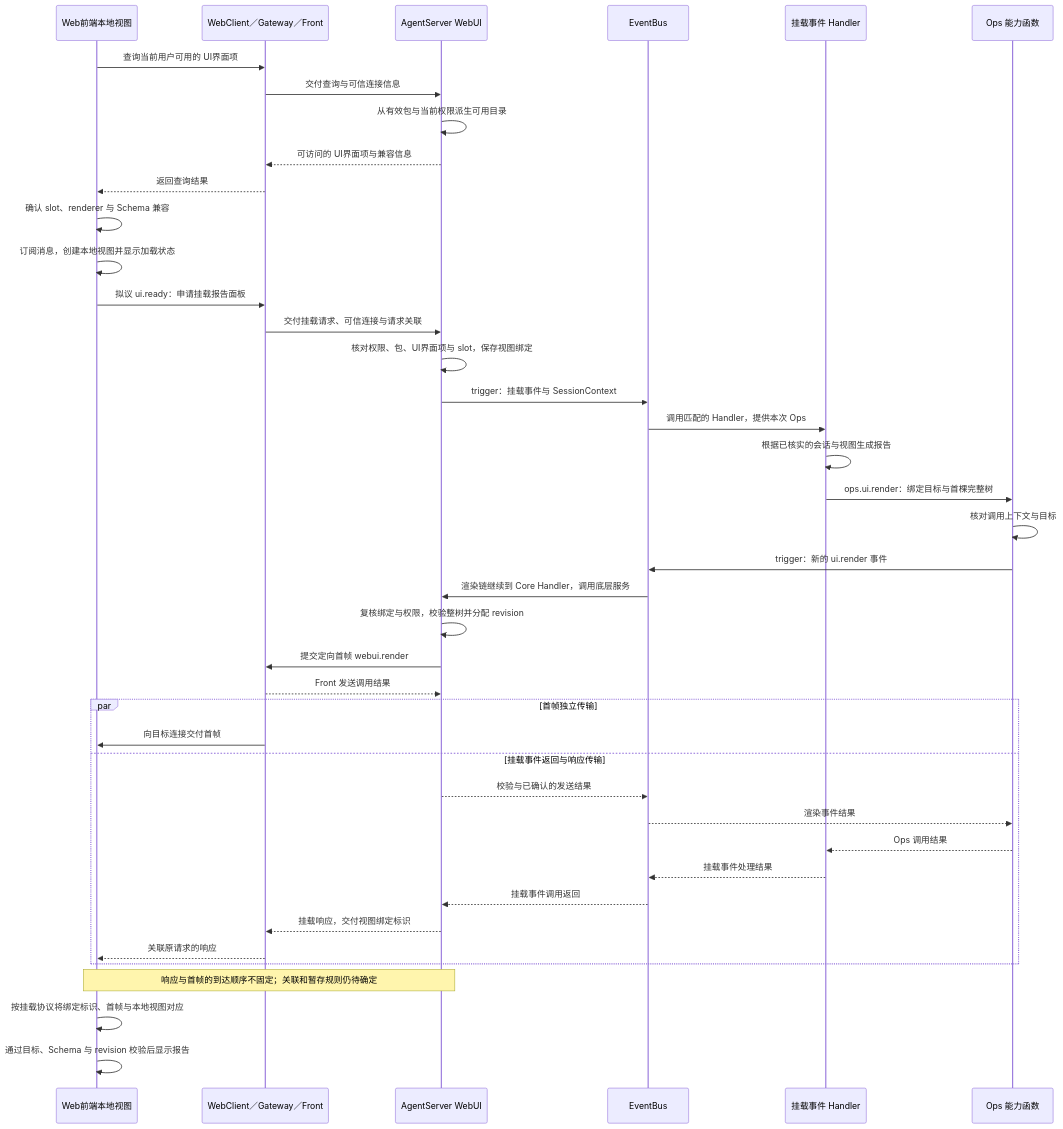
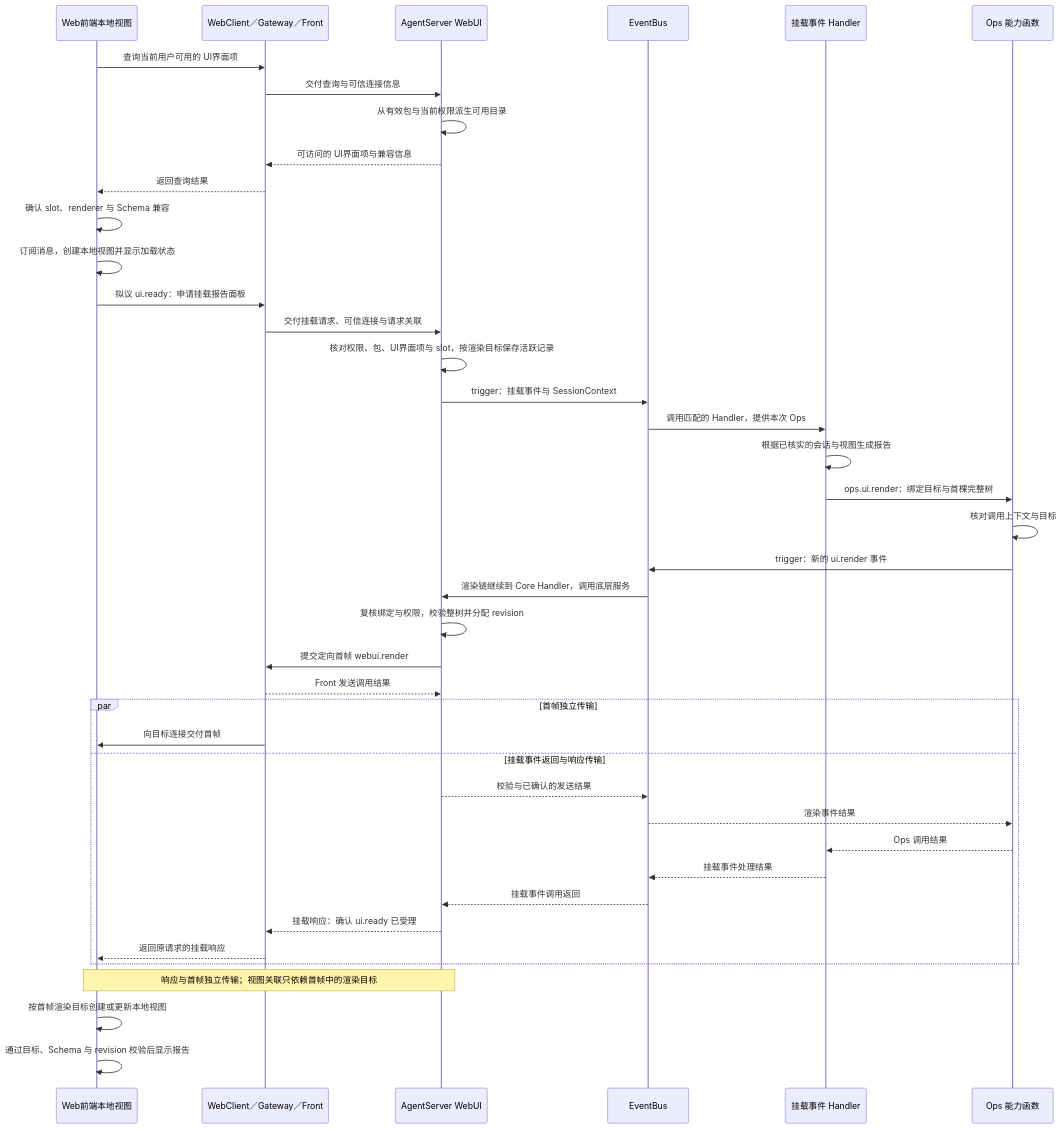
One commit to openJiuwen-ai/jiuwenswarm changed the eighth of 12 diagrams in jiuwenswarm/extensions_v2/docs/designs/extensions-v2-architecture.md. Above: the diagram before and after it, drawn with Mermaid. The commit also changed other lines of this file and 3 other files, not shown here.

````diff
--- a/jiuwenswarm/extensions_v2/docs/designs/extensions-v2-architecture.md
+++ b/jiuwenswarm/extensions_v2/docs/designs/extensions-v2-architecture.md
@@ -884,43 +912,43 @@
 ```mermaid
 sequenceDiagram
     participant FE as Web前端本地视图
     participant Transport as WebClient／Gateway／Front
     participant UI as AgentServer WebUI
     participant Bus as EventBus
     participant Handler as 挂载事件 Handler
     participant Ops as Ops 能力函数
     FE->>Transport: 查询当前用户可用的 UI界面项
     Transport->>UI: 交付查询与可信连接信息
     UI->>UI: 从有效包与当前权限派生可用目录
     UI-->>Transport: 可访问的 UI界面项与兼容信息
     Transport-->>FE: 返回查询结果
     FE->>FE: 确认 slot、renderer 与 Schema 兼容
     FE->>FE: 订阅消息，创建本地视图并显示加载状态
     FE->>Transport: 拟议 ui.ready：申请挂载报告面板
     Transport->>UI: 交付挂载请求、可信连接与请求关联
-    UI->>UI: 核对权限、包、UI界面项与 slot，保存视图绑定
+    UI->>UI: 核对权限、包、UI界面项与 slot，按渲染目标保存活跃记录
     UI->>Bus: trigger：挂载事件与 SessionContext
     Bus->>Handler: 调用匹配的 Handler，提供本次 Ops
     Handler->>Handler: 根据已核实的会话与视图生成报告
     Handler->>Ops: ops.ui.render：绑定目标与首棵完整树
     Ops->>Ops: 核对调用上下文与目标
     Ops->>Bus: trigger：新的 ui.render 事件
     Bus->>UI: 渲染链继续到 Core Handler，调用底层服务
     UI->>UI: 复核绑定与权限，校验整树并分配 revision
     UI->>Transport: 提交定向首帧 webui.render
     Transport-->>UI: Front 发送调用结果
     par 首帧独立传输
         Transport->>FE: 向目标连接交付首帧
     and 挂载事件返回与响应传输
         UI-->>Bus: 校验与已确认的发送结果
         Bus-->>Ops: 渲染事件结果
         Ops-->>Handler: Ops 调用结果
         Handler-->>Bus: 挂载事件处理结果
         Bus-->>UI: 挂载事件调用返回
-        UI-->>Transport: 挂载响应，交付视图绑定标识
-        Transport-->>FE: 关联原请求的响应
+        UI-->>Transport: 挂载响应：确认 ui.ready 已受理
+        Transport-->>FE: 返回原请求的挂载响应
     end
-    Note over FE,UI: 响应与首帧的到达顺序不固定；关联和暂存规则仍待确定
-    FE->>FE: 按挂载协议将绑定标识、首帧与本地视图对应
+    Note over FE,UI: 响应与首帧独立传输；视图关联只依赖首帧中的渲染目标
+    FE->>FE: 按首帧渲染目标创建或更新本地视图
     FE->>FE: 通过目标、Schema 与 revision 校验后显示报告
 ```
````
